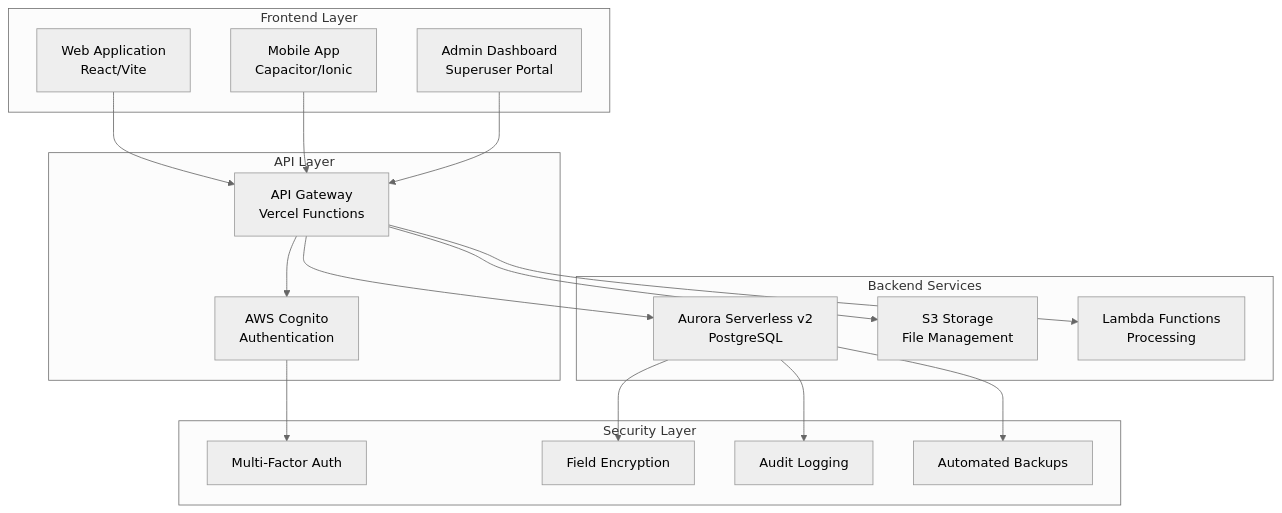
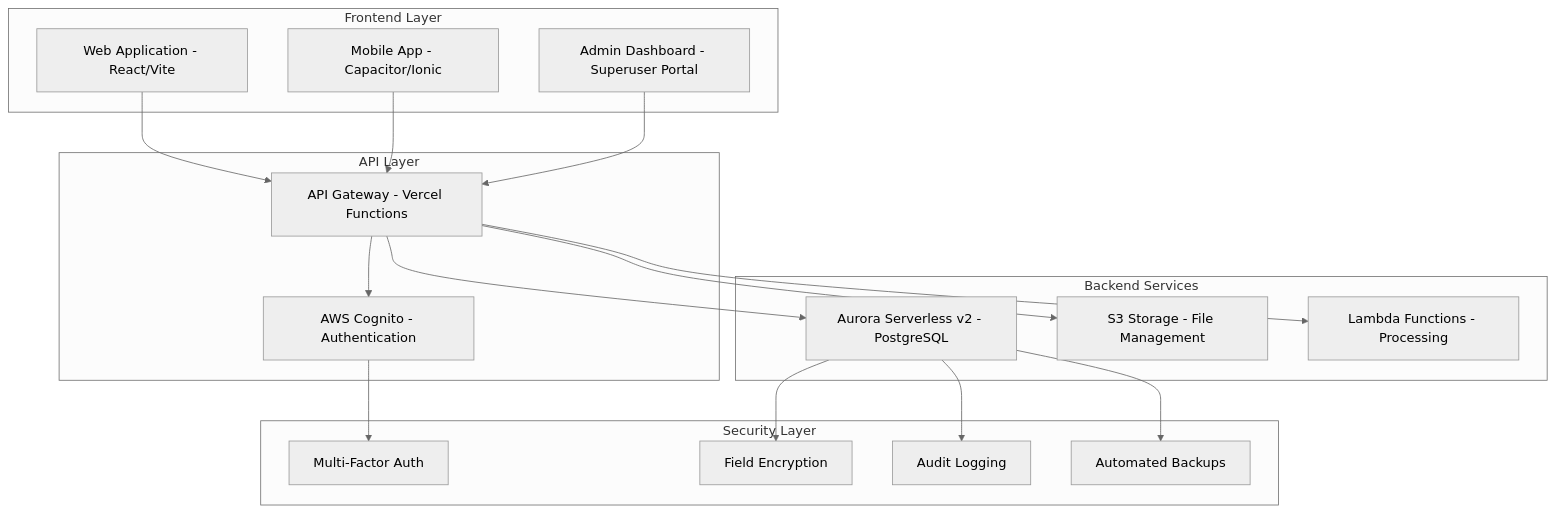
Before and after one commit to ColwallKeith/mind-measure-docs: the first of 2 diagrams in pages/architecture.mdx, drawn with Mermaid (neutral theme). The commit also changed 2 other files, not shown here.

Commit message:
FIX: Remove HTML tags and TypeScript generics causing React hydration errors

````diff
--- a/pages/architecture.mdx
+++ b/pages/architecture.mdx
@@ -7,39 +7,39 @@
 ```mermaid
 graph TB
     subgraph "Frontend Layer"
-        WEB[Web Application<br/>React/Vite]
-        MOBILE[Mobile App<br/>Capacitor/Ionic]
-        ADMIN[Admin Dashboard<br/>Superuser Portal]
+        WEB[Web Application - React/Vite]
+        MOBILE[Mobile App - Capacitor/Ionic]
+        ADMIN[Admin Dashboard - Superuser Portal]
     end
     
     subgraph "API Layer"
-        API[API Gateway<br/>Vercel Functions]
-        AUTH[AWS Cognito<br/>Authentication]
+        API[API Gateway - Vercel Functions]
+        AUTH[AWS Cognito - Authentication]
     end
     
     subgraph "Backend Services"
-        AURORA[Aurora Serverless v2<br/>PostgreSQL]
-        S3[S3 Storage<br/>File Management]
-        LAMBDA[Lambda Functions<br/>Processing]
+        AURORA[Aurora Serverless v2 - PostgreSQL]
+        S3[S3 Storage - File Management]
+        LAMBDA[Lambda Functions - Processing]
     end
     
     subgraph "Security Layer"
         MFA[Multi-Factor Auth]
         ENCRYPT[Field Encryption]
         AUDIT[Audit Logging]
         BACKUP[Automated Backups]
     end
     
     WEB --> API
     MOBILE --> API
     ADMIN --> API
     API --> AUTH
     API --> AURORA
     API --> S3
     API --> LAMBDA
     
     AUTH --> MFA
     AURORA --> ENCRYPT
     AURORA --> AUDIT
     AURORA --> BACKUP
 ```
````
